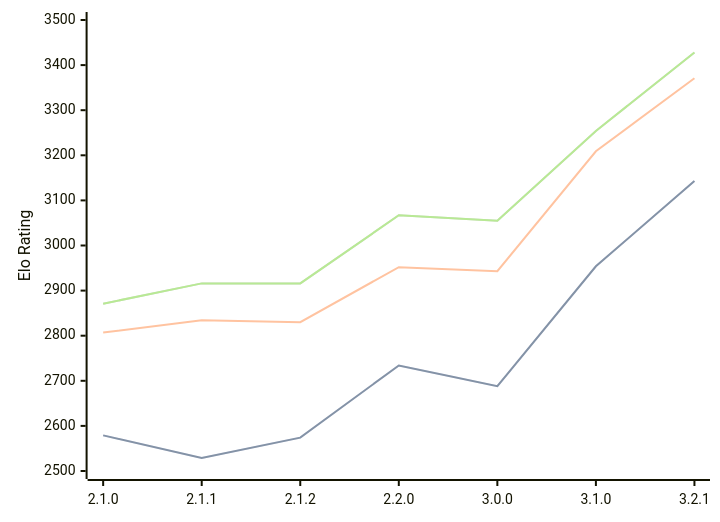
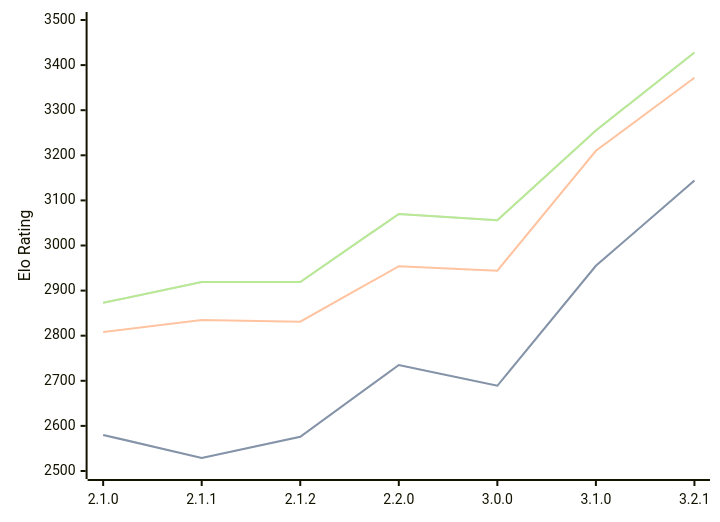
The diagram in engines/Prune.md (computer-chess-index/cci), drawn with Mermaid before and after one commit. The commit also changed other lines of this file, not shown here.

Commit message:
Update CCI Ratings (ELO VLTC) - 2026-05-06

````diff
--- a/engines/Prune.md
+++ b/engines/Prune.md
@@ -42,11 +42,11 @@
 ```mermaid
 %%{init: {"theme":"base","themeVariables":{"seriesColors:['#a3a3a3','#222221','#faa371']}}}%%
 xychart-beta
   x-axis ["2.1.0", "2.1.1", "2.1.2", "2.2.0", "3.0.0", "3.1.0", "3.2.1"]
   y-axis "Elo Rating" 2500 --> 3500
-  line "STC (8.0+0.08s)" [2579, 2529, 2574, 2734, 2688, 2954, 3143]
-  line "STC (8.0+0.08s)" [2579, 2529, 2574, 2734, 2688, 2954, 3143]
-  line "LTC (60.0+0.60s)" [2807, 2834, 2830, 2952, 2943, 3209, 3371]
-  line "VLTC (2m24s+1.12s)" [2871, 2916, 2916, 3067, 3055, 3254, 3428]
-  line "VLTC (2m24s+1.12s)" [2871, 2916, 2916, 3067, 3055, 3254, 3428]
+  line "STC (8.0+0.08s)" [2580, 2529, 2576, 2735, 2689, 2955, 3144]
+  line "STC (8.0+0.08s)" [2580, 2529, 2576, 2735, 2689, 2955, 3144]
+  line "LTC (60.0+0.60s)" [2808, 2835, 2831, 2954, 2944, 3210, 3372]
+  line "VLTC (2m24s+1.12s)" [2873, 2919, 2919, 3070, 3056, 3255, 3428]
+  line "VLTC (2m24s+1.12s)" [2873, 2919, 2919, 3070, 3056, 3255, 3428]
 ```
````
